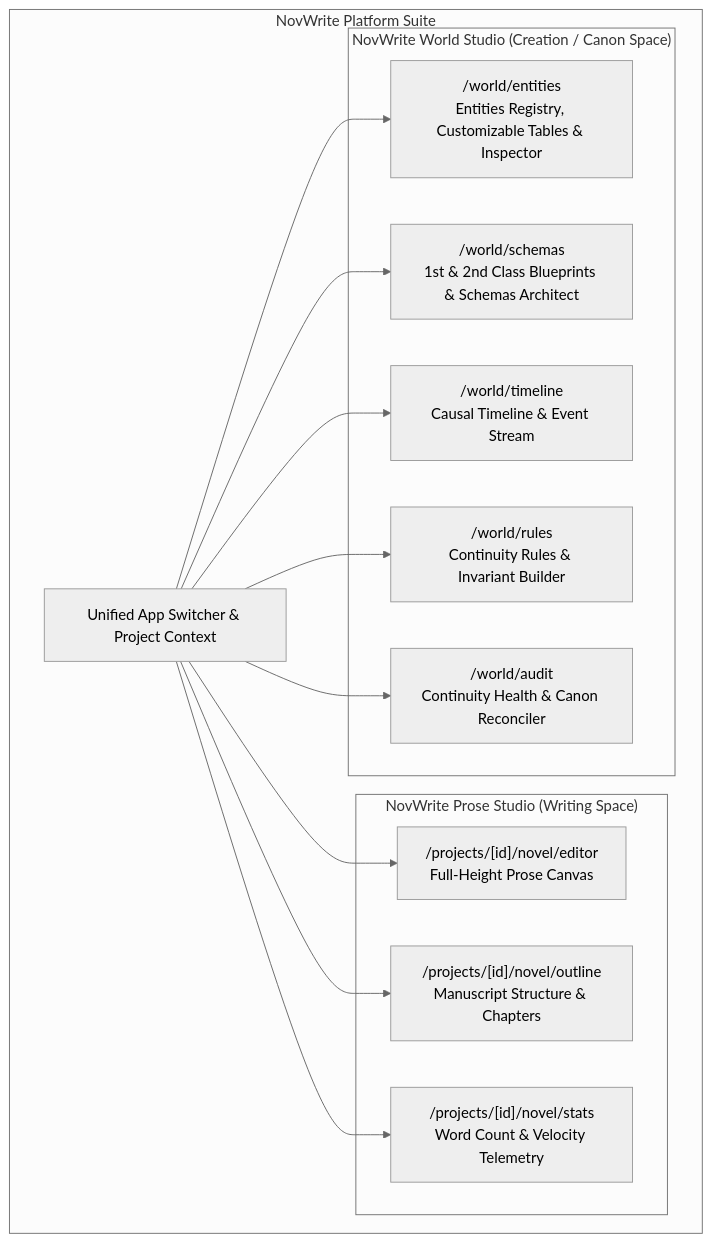
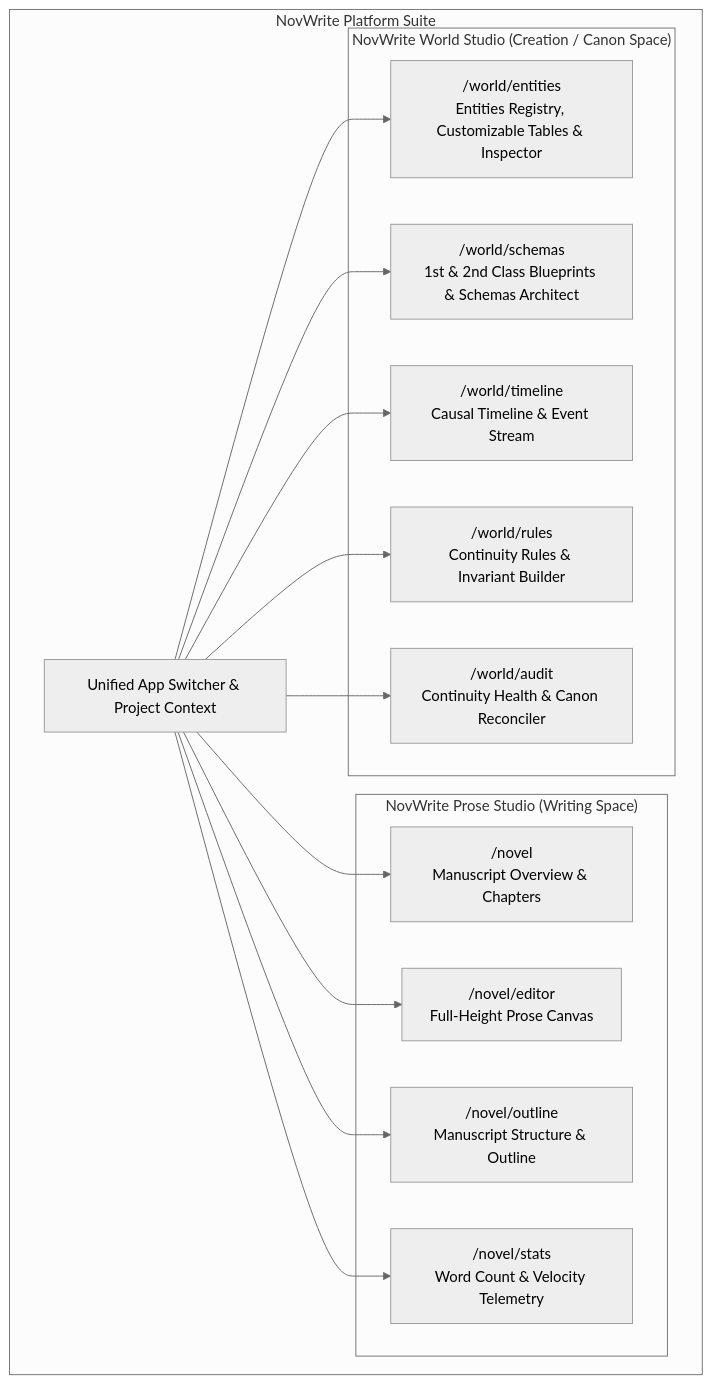
Before and after one commit to Yogesh-Kumar-Mallik-dev/NovWrite: the first of 3 diagrams in docs/FRONTEND_ARCHITECTURE.md, drawn with Mermaid (neutral theme). The commit also changed other lines of this file, not shown here.

First line of the commit message:
docs(frontend): document Prose Studio architecture and cross-platform responsive invariant

````diff
--- a/docs/FRONTEND_ARCHITECTURE.md
+++ b/docs/FRONTEND_ARCHITECTURE.md
@@ -22,23 +22,24 @@
 ```mermaid
 flowchart TB
     subgraph Suite ["NovWrite Platform Suite"]
         AppNav["Unified App Switcher & Project Context"]
 
         subgraph ProseApp ["NovWrite Prose Studio (Writing Space)"]
-            P1["/projects/[id]/novel/editor<br/>Full-Height Prose Canvas"]
-            P2["/projects/[id]/novel/outline<br/>Manuscript Structure & Chapters"]
-            P3["/projects/[id]/novel/stats<br/>Word Count & Velocity Telemetry"]
+            P0["/novel<br/>Manuscript Overview & Chapters"]
+            P1["/novel/editor<br/>Full-Height Prose Canvas"]
+            P2["/novel/outline<br/>Manuscript Structure & Outline"]
+            P3["/novel/stats<br/>Word Count & Velocity Telemetry"]
         end
 
         subgraph WorldApp ["NovWrite World Studio (Creation / Canon Space)"]
             W1["/world/entities<br/>Entities Registry, Customizable Tables & Inspector"]
             W2["/world/schemas<br/>1st & 2nd Class Blueprints & Schemas Architect"]
             W3["/world/timeline<br/>Causal Timeline & Event Stream"]
             W4["/world/rules<br/>Continuity Rules & Invariant Builder"]
             W5["/world/audit<br/>Continuity Health & Canon Reconciler"]
         end
     end
 
-    AppNav --> P1 & P2 & P3
+    AppNav --> P0 & P1 & P2 & P3
     AppNav --> W1 & W2 & W3 & W4 & W5
 ```
````
